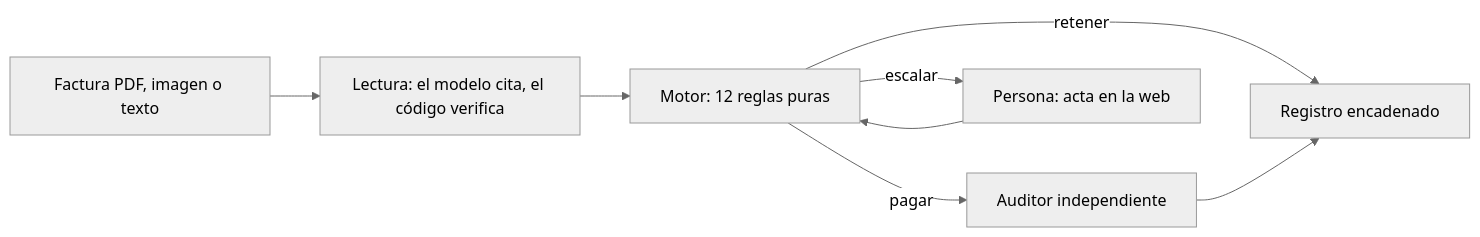
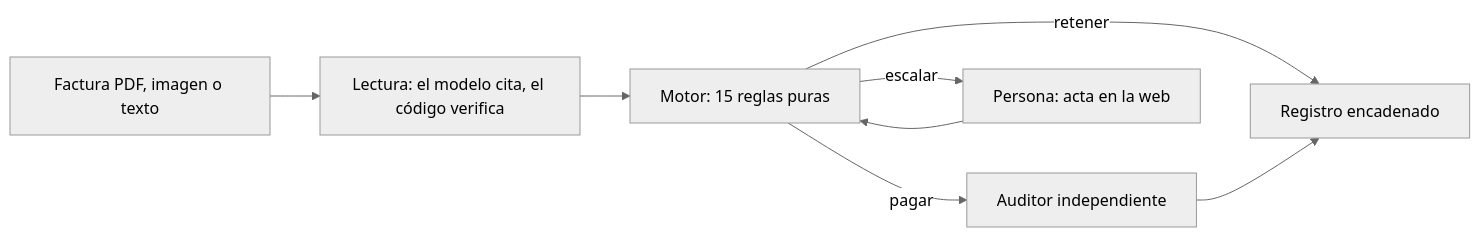
The diagram in README.md (davidleonb27/blinka-keeper), drawn with Mermaid (neutral theme) before and after one commit. The commit also changed other lines of this file and 7 other files, not shown here.

````diff
--- a/README.md
+++ b/README.md
@@ -83,10 +83,10 @@
 ```mermaid
 flowchart LR
     F[Factura PDF, imagen o texto] --> L[Lectura: el modelo cita, el código verifica]
-    L --> M[Motor: 12 reglas puras]
+    L --> M[Motor: 15 reglas puras]
     M -->|pagar| A[Auditor independiente]
     M -->|retener| R[Registro encadenado]
     M -->|escalar| P[Persona: acta en la web]
     A --> R
     P --> M
 ```
````
